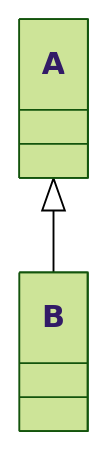
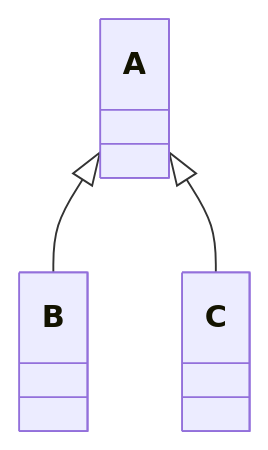
One commit to tabahara/try_git changed the second of 2 diagrams in README.md. Above: the diagram before and after it, drawn with Mermaid. The commit also changed other lines of this file, not shown here.

````diff
--- a/README.md
+++ b/README.md
@@ -16,7 +33,10 @@
 ```mermaid
-%%{init: {'theme':'forest'}}%%
+%%{init: {'theme':'default'}}%%
 classDiagram
     class A
     class B
+    class C
+
     A <|-- B
+    A <|-- C
 ```
````
